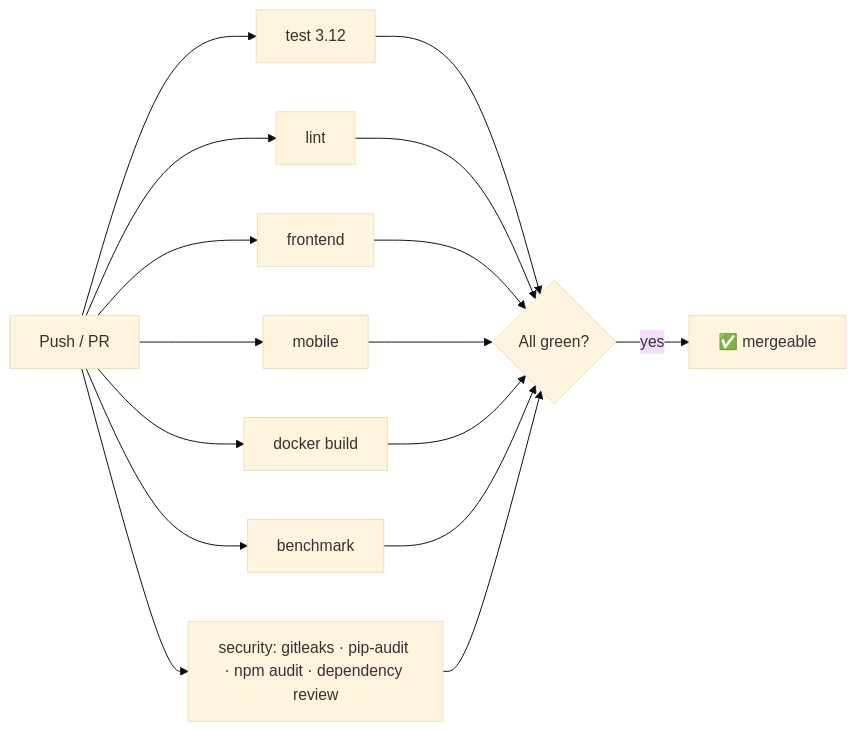
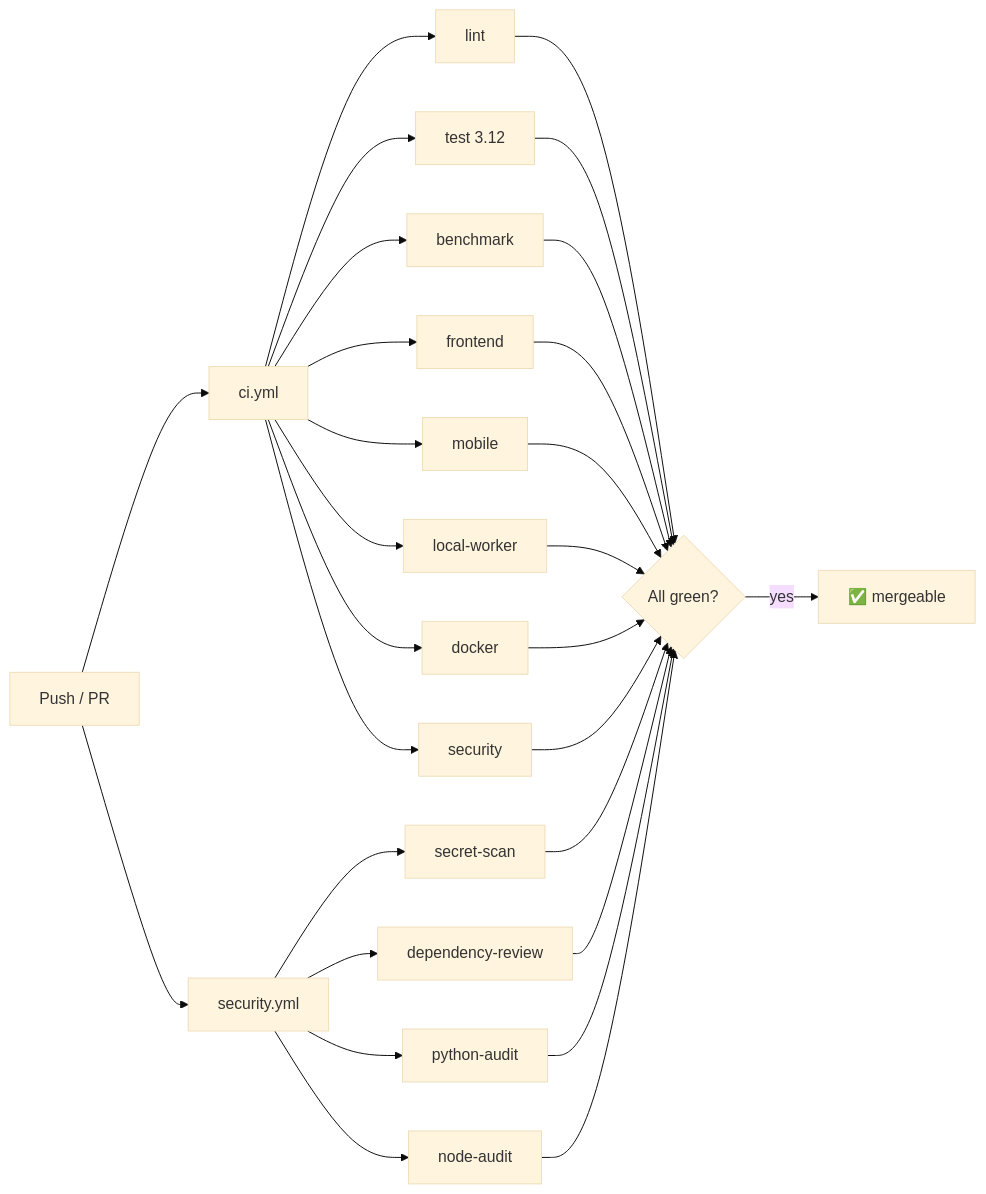
Diagram 15 of 16 in README.md (SercanOzkan55/CV-Analyzer), drawn with Mermaid (base theme) before and after one commit. The commit also changed other lines of this file, not shown here.

````diff
--- a/README.md
+++ b/README.md
@@ -470,12 +1154,19 @@
 ```mermaid
 flowchart LR
-    P[Push / PR] --> T[test 3.12]
-    P --> L[lint]
-    P --> F[frontend]
-    P --> M[mobile]
-    P --> D[docker build]
-    P --> B[benchmark]
-    P --> SEC[security: gitleaks · pip-audit · npm audit · dependency review]
-    T & L & F & M & D & B & SEC --> G{All green?}
+    P[Push / PR] --> CI[ci.yml]
+    P --> SEC[security.yml]
+    CI --> L[lint]
+    CI --> T[test 3.12]
+    CI --> B[benchmark]
+    CI --> F[frontend]
+    CI --> M[mobile]
+    CI --> LW[local-worker]
+    CI --> D[docker]
+    CI --> S[security]
+    SEC --> SC[secret-scan]
+    SEC --> DR[dependency-review]
+    SEC --> PA[python-audit]
+    SEC --> NA[node-audit]
+    L & T & B & F & M & LW & D & S & SC & DR & PA & NA --> G{All green?}
     G -->|yes| OK[✅ mergeable]
 ```
````
